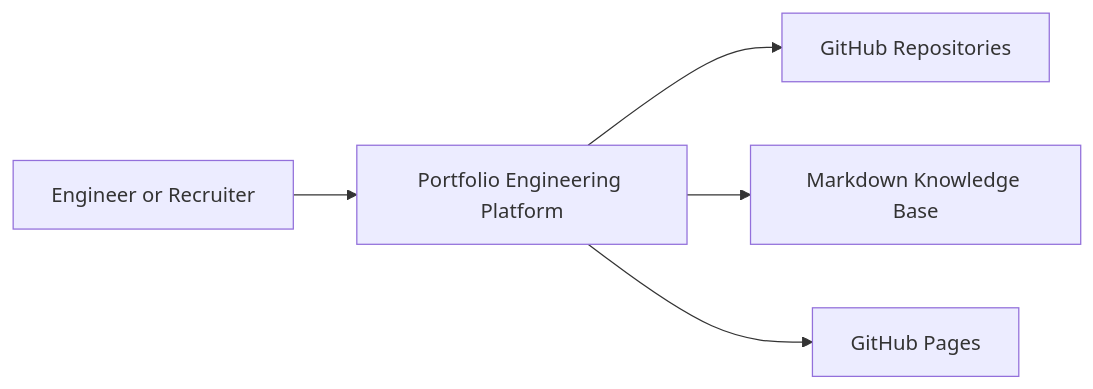
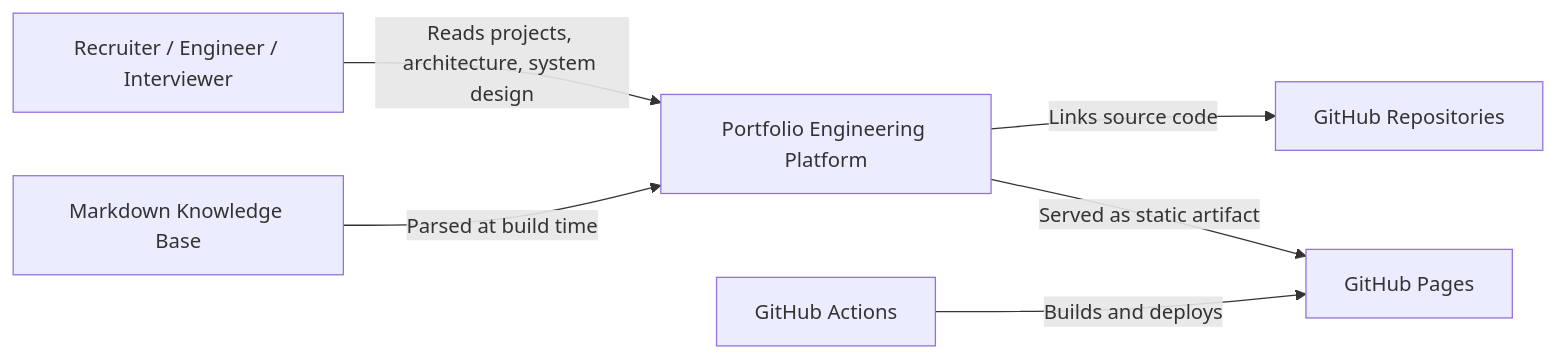
One commit to Rofikali/Portfolio-Rofik changed the first of 4 diagrams in portfolio/src/content/documentation/hld/portfolio-hld.md. Above: the diagram before and after it, drawn with Mermaid. The commit also changed other lines of this file and 27 other files, not shown here.

````diff
--- a/portfolio/src/content/documentation/hld/portfolio-hld.md
+++ b/portfolio/src/content/documentation/hld/portfolio-hld.md
@@ -37,7 +80,15 @@
 ```mermaid
 flowchart LR
-  Visitor[Engineer or Recruiter] --> Platform[Portfolio Engineering Platform]
-  Platform --> GitHub[GitHub Repositories]
-  Platform --> Content[Markdown Knowledge Base]
-  Platform --> Pages[GitHub Pages]
+  Visitor[Recruiter / Engineer / Interviewer]
+  Platform[Portfolio Engineering Platform]
+  GitHub[GitHub Repositories]
+  Pages[GitHub Pages]
+  Content[Markdown Knowledge Base]
+  CI[GitHub Actions]
+
+  Visitor -->|Reads projects, architecture, system design| Platform
+  Platform -->|Links source code| GitHub
+  Platform -->|Served as static artifact| Pages
+  CI -->|Builds and deploys| Pages
+  Content -->|Parsed at build time| Platform
 ```
````
